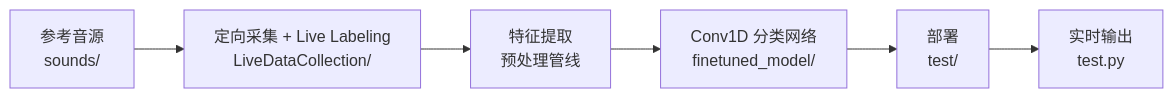
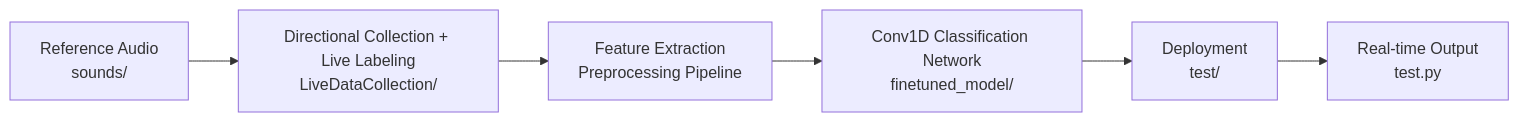
One commit to ForeverTTT/EESTEC_Challenge changed the diagram in README.md. Above: the diagram before and after it, drawn with Mermaid. The commit also changed other lines of this file and 2 other files, not shown here.

````diff
--- a/README.md
+++ b/README.md
@@ -127,9 +128,9 @@
 ```mermaid
 flowchart LR
-    A["参考音源<br/>sounds/"]
-    --> B["定向采集 + Live Labeling<br/>LiveDataCollection/"]
-    --> C["特征提取<br/>预处理管线"]
-    --> D["Conv1D 分类网络<br/>finetuned_model/"]
-    --> E["部署<br/>test/"]
-    --> F["实时输出<br/>test.py"]
+    A["Reference Audio<br/>sounds/"]
+    --> B["Directional Collection + Live Labeling<br/>LiveDataCollection/"]
+    --> C["Feature Extraction<br/>Preprocessing Pipeline"]
+    --> D["Conv1D Classification Network<br/>finetuned_model/"]
+    --> E["Deployment<br/>test/"]
+    --> F["Real-time Output<br/>test.py"]
 ```
````
